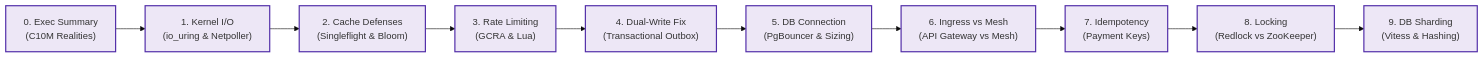
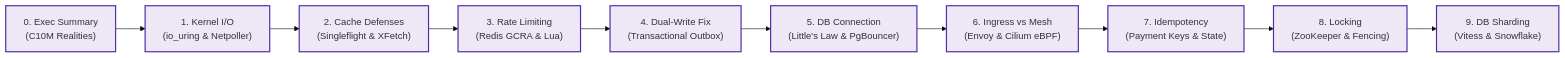
Before and after one commit to vesviet/vesviet: the second of 3 diagrams in content/series/high-concurrency-systems/_index.md, drawn with Mermaid (base theme). The commit also changed other lines of this file and 149 other files, not shown here.

````diff
--- a/content/series/high-concurrency-systems/_index.md
+++ b/content/series/high-concurrency-systems/_index.md
@@ -70,15 +69,15 @@
 ```mermaid
 flowchart LR
-    E0["0. Exec Summary<br/>(C10M Realities)"] --> C1["1. Kernel I/O<br/>(io_uring & Netpoller)"]
-    C1 --> C2["2. Cache Defenses<br/>(Singleflight & Bloom)"]
-    C2 --> C3["3. Rate Limiting<br/>(GCRA & Lua)"]
+    C0["0. Exec Summary<br/>(C10M Realities)"] --> C1["1. Kernel I/O<br/>(io_uring & Netpoller)"]
+    C1 --> C2["2. Cache Defenses<br/>(Singleflight & XFetch)"]
+    C2 --> C3["3. Rate Limiting<br/>(Redis GCRA & Lua)"]
     C3 --> C4["4. Dual-Write Fix<br/>(Transactional Outbox)"]
-    C4 --> C5["5. DB Connection<br/>(PgBouncer & Sizing)"]
-    C5 --> C6["6. Ingress vs Mesh<br/>(API Gateway vs Mesh)"]
-    C6 --> C7["7. Idempotency<br/>(Payment Keys)"]
-    C7 --> C8["8. Locking<br/>(Redlock vs ZooKeeper)"]
-    C8 --> C9["9. DB Sharding<br/>(Vitess & Hashing)"]
+    C4 --> C5["5. DB Connection<br/>(Little's Law & PgBouncer)"]
+    C5 --> C6["6. Ingress vs Mesh<br/>(Envoy & Cilium eBPF)"]
+    C6 --> C7["7. Idempotency<br/>(Payment Keys & State)"]
+    C7 --> C8["8. Locking<br/>(ZooKeeper & Fencing)"]
+    C8 --> C9["9. DB Sharding<br/>(Vitess & Snowflake)"]
 
     classDef core fill:#ede7f6,stroke:#512da8,stroke-width:2px;
-    class E0,C1,C2,C3,C4,C5,C6,C7,C8,C9 core;
+    class C0,C1,C2,C3,C4,C5,C6,C7,C8,C9 core;
 ```
````
